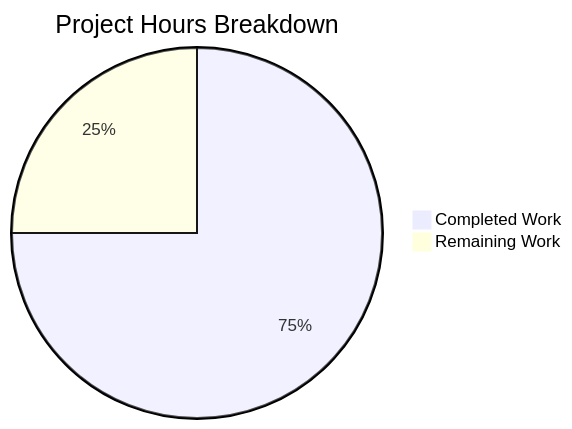
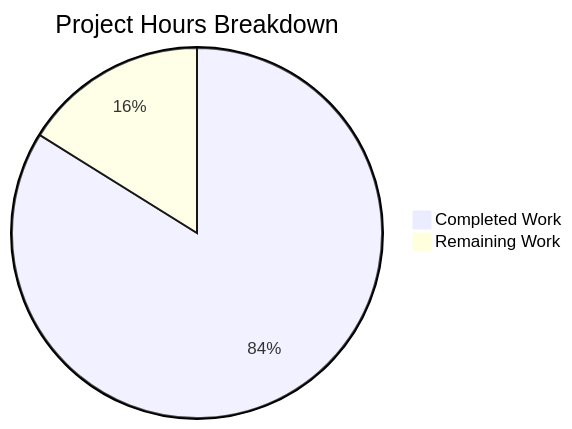
One commit to lakshya-blitzy/Dec_repo_with_valid_mul_files changed the first of 2 diagrams in blitzy/documentation/Project Guide.md. Above: the diagram before and after it, drawn with Mermaid. The commit also changed other lines of this file, not shown here.

Commit message:
Adding Blitzy Project Guide: Project Status and Human Tasks Remaining

````diff
--- a/blitzy/documentation/Project Guide.md
+++ b/blitzy/documentation/Project Guide.md
@@ -80,5 +28,5 @@
 ```mermaid
 pie title Project Hours Breakdown
-    "Completed Work" : 24
-    "Remaining Work" : 8
+    "Completed Work" : 26
+    "Remaining Work" : 5
 ```
````
